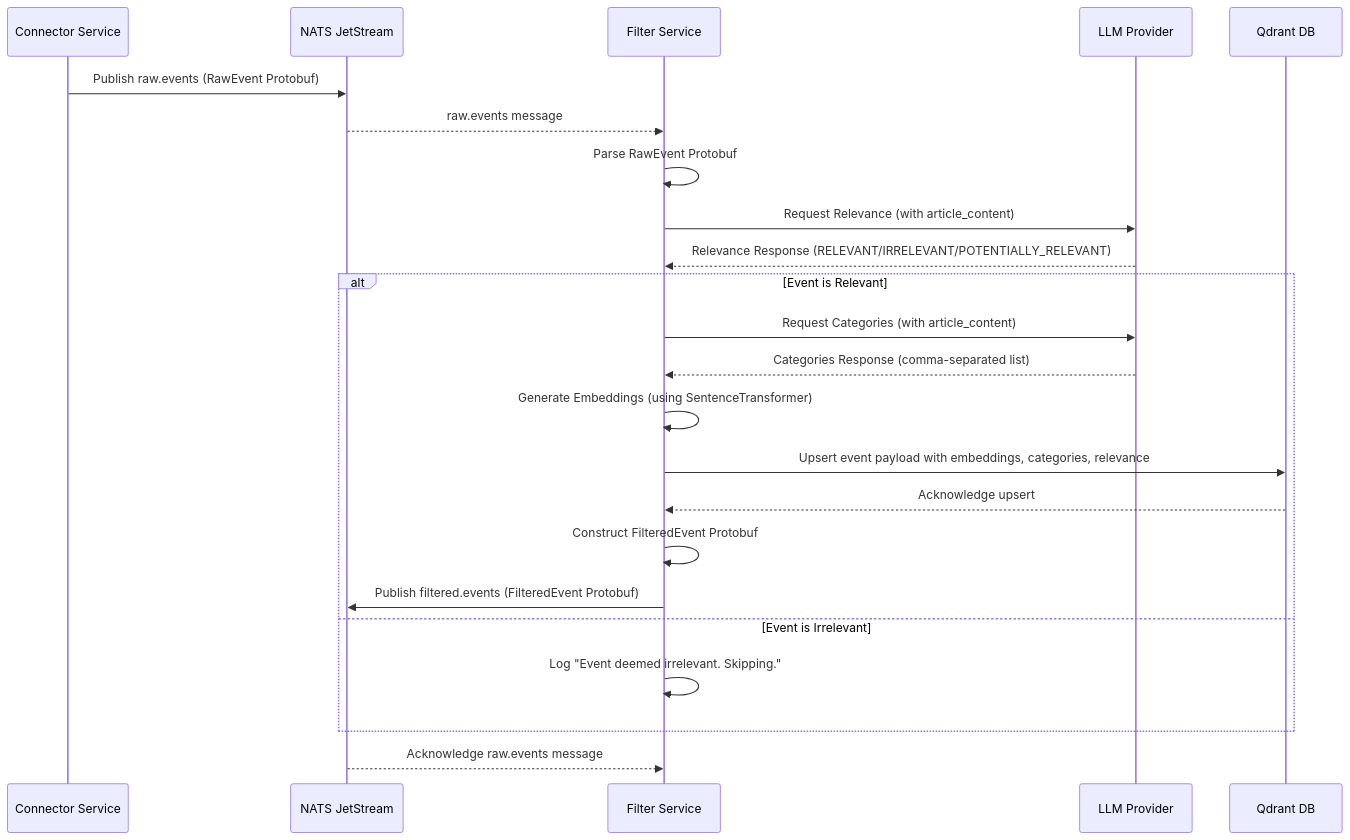
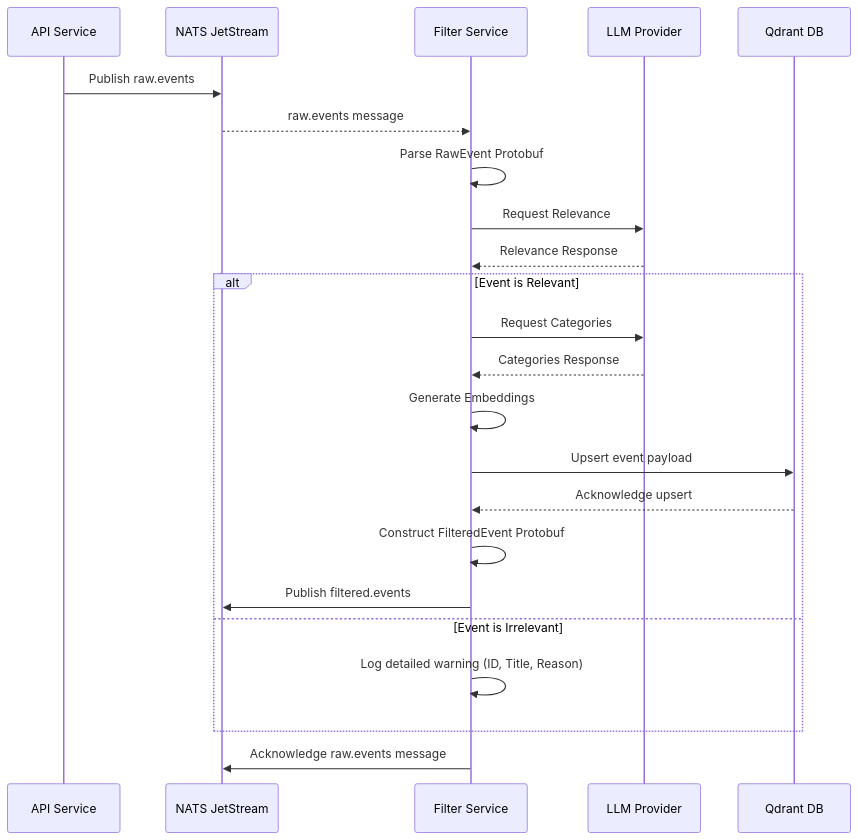
The first of 2 diagrams in docs/filter.md (gsantopaolo/sentinel-AI), drawn with Mermaid before and after one commit. The commit also changed other lines of this file and 14 other files, not shown here.

````diff
--- a/docs/filter.md
+++ b/docs/filter.md
@@ -80,26 +67,26 @@
 ```mermaid
 sequenceDiagram
-    participant Connector as Connector Service
+    participant API as API Service
     participant NATS as NATS JetStream
     participant Filter as Filter Service
     participant LLM as LLM Provider
     participant Qdrant as Qdrant DB
 
-    Connector->>NATS: Publish raw.events (RawEvent Protobuf)
+    API->>NATS: Publish raw.events
     NATS-->>Filter: raw.events message
     Filter->>Filter: Parse RawEvent Protobuf
-    Filter->>LLM: Request Relevance (with article_content)
-    LLM-->>Filter: Relevance Response (RELEVANT/IRRELEVANT/POTENTIALLY_RELEVANT)
+    Filter->>LLM: Request Relevance
+    LLM-->>Filter: Relevance Response
     alt Event is Relevant
-        Filter->>LLM: Request Categories (with article_content)
-        LLM-->>Filter: Categories Response (comma-separated list)
-        Filter->>Filter: Generate Embeddings (using SentenceTransformer)
-        Filter->>Qdrant: Upsert event payload with embeddings, categories, relevance
+        Filter->>LLM: Request Categories
+        LLM-->>Filter: Categories Response
+        Filter->>Filter: Generate Embeddings
+        Filter->>Qdrant: Upsert event payload
         Qdrant-->>Filter: Acknowledge upsert
         Filter->>Filter: Construct FilteredEvent Protobuf
-        Filter->>NATS: Publish filtered.events (FilteredEvent Protobuf)
+        Filter->>NATS: Publish filtered.events
     else Event is Irrelevant
-        Filter->>Filter: Log "Event deemed irrelevant. Skipping."
+        Filter->>Filter: Log detailed warning (ID, Title, Reason)
     end
-    NATS-->>Filter: Acknowledge raw.events message
+    Filter->>NATS: Acknowledge raw.events message
 ```
````
